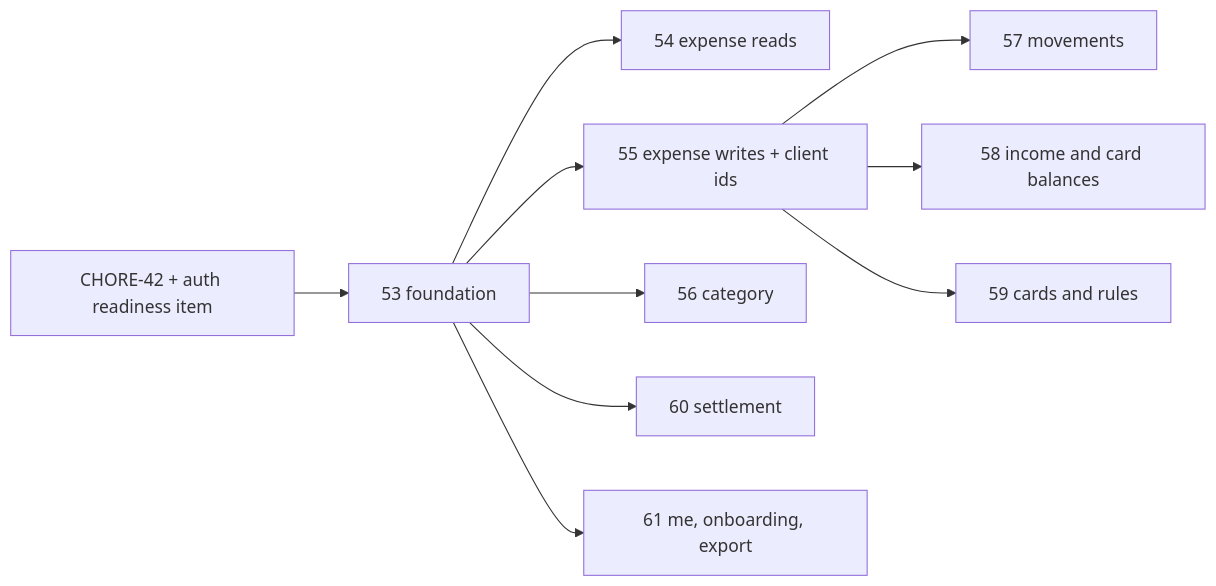
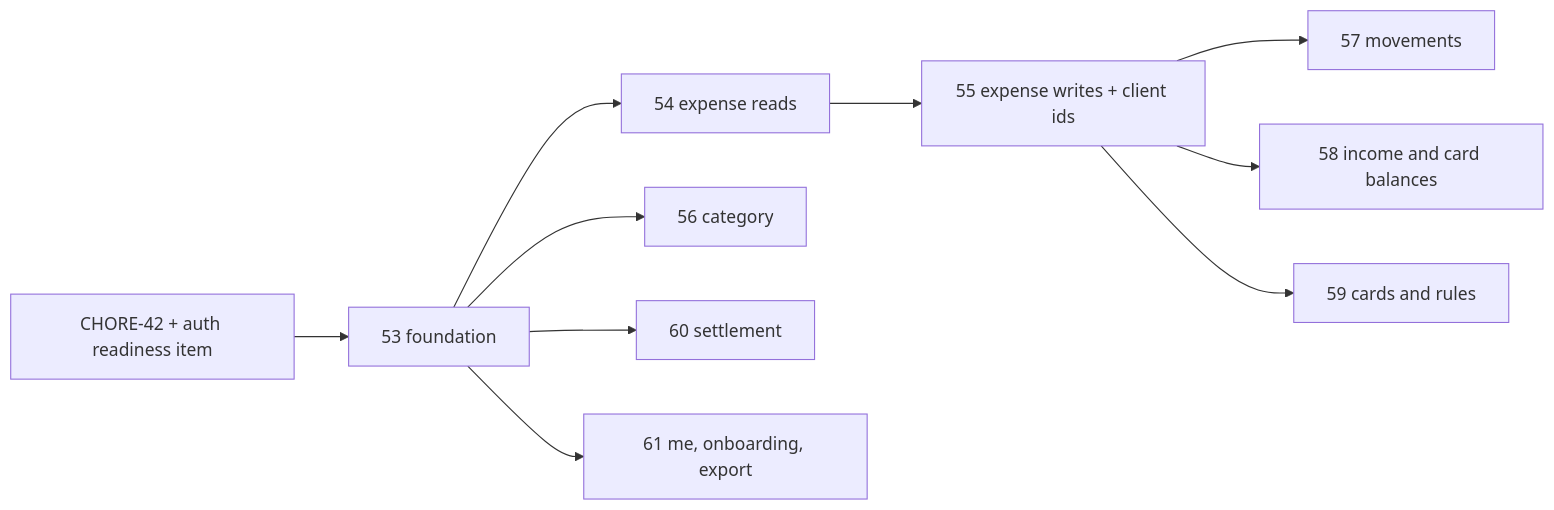
The second of 2 diagrams in docs/specs/0014-api-v1.md (Chrisgmsl22/fast-expense-tracker), drawn with Mermaid before and after one commit. The commit also changed other lines of this file and 1 other file, not shown here.

````diff
--- a/docs/specs/0014-api-v1.md
+++ b/docs/specs/0014-api-v1.md
@@ -220,12 +236,12 @@
 ```mermaid
 flowchart LR
   A["CHORE-42 + auth readiness item"] --> F["53 foundation"]
   F --> R["54 expense reads"]
-  F --> W["55 expense writes + client ids"]
+  R --> W["55 expense writes + client ids"]
   F --> C["56 category"]
   F --> S["60 settlement"]
   F --> O["61 me, onboarding, export"]
   W --> M["57 movements"]
   W --> I["58 income and card balances"]
   W --> K["59 cards and rules"]
 ```
````
